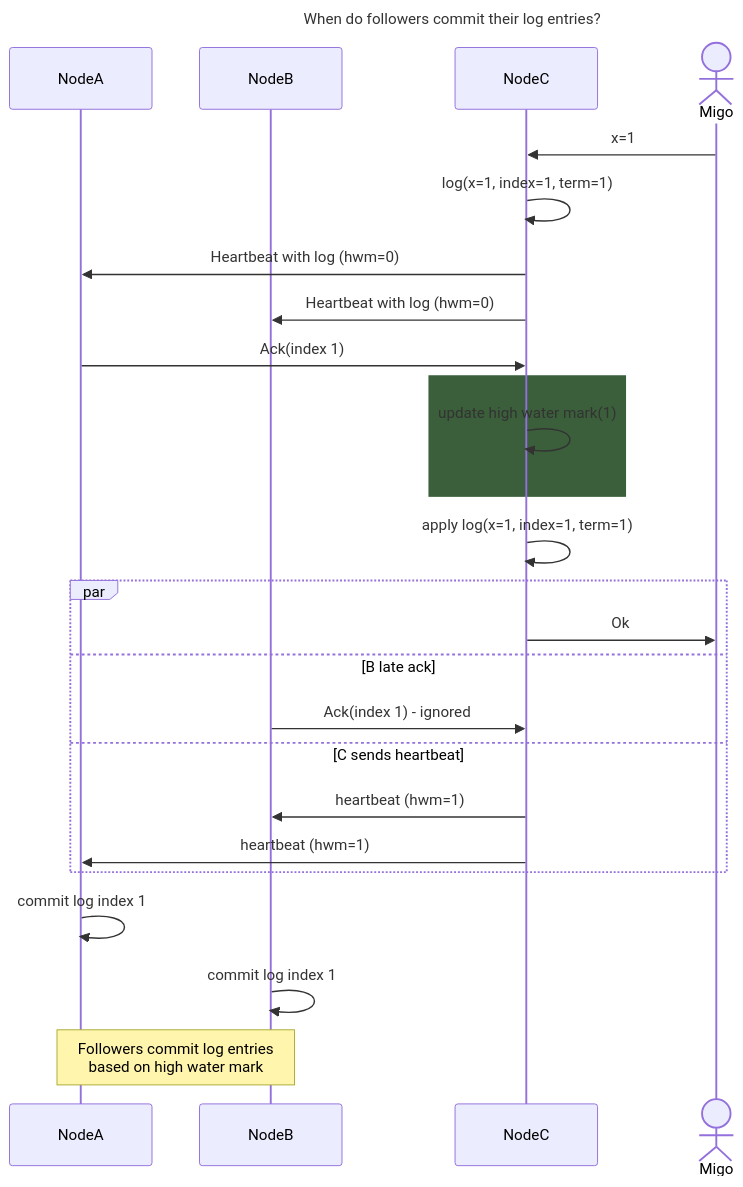
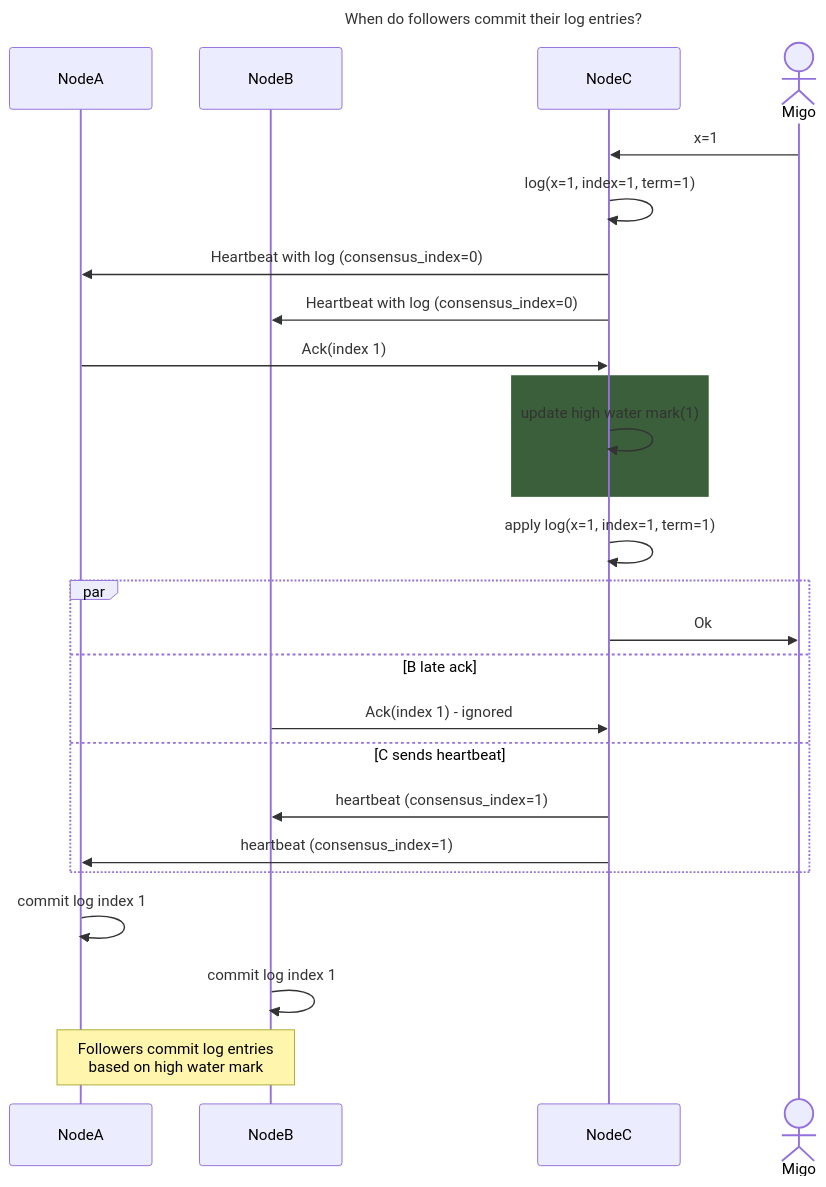
The diagram in diagrams/raft(5) - commit based on hwm.mmd (Migorithm/duva), drawn with Mermaid before and after one commit. The commit also changed 26 other files, not shown here.

Commit message:
chore: rename hwm to consensus index

```diff
--- a/diagrams/raft(5) - commit based on hwm.mmd
+++ b/diagrams/raft(5) - commit based on hwm.mmd
@@ -1,35 +1,35 @@
 ---
 title : When do followers commit their log entries?
 ---
 sequenceDiagram
     participant A as NodeA
     participant B as NodeB
     participant C as NodeC
     Actor Migo
 
     Migo ->> C: x=1
     C ->>C : log(x=1, index=1, term=1)
-    C ->> A : Heartbeat with log (hwm=0) 
-    C ->> B : Heartbeat with log (hwm=0)
+    C ->> A : Heartbeat with log (consensus_index=0) 
+    C ->> B : Heartbeat with log (consensus_index=0)
     
     A ->> C : Ack(index 1)
     # Q: Apply then update high water mark?
     rect rgb(58, 95, 58)
     C ->> C : update high water mark(1)
     end
     C ->> C : apply log(x=1, index=1, term=1)
 
     par 
     C ->> Migo : Ok
 
     and B late ack
     B ->> C : Ack(index 1) - ignored
     
     and C sends heartbeat
-    C ->> B : heartbeat (hwm=1)
-    C ->> A : heartbeat (hwm=1)
+    C ->> B : heartbeat (consensus_index=1)
+    C ->> A : heartbeat (consensus_index=1)
     end
 
     A ->> A : commit log index 1
     B ->> B : commit log index 1
     Note over A,B: Followers commit log entries<br>based on high water mark
```
